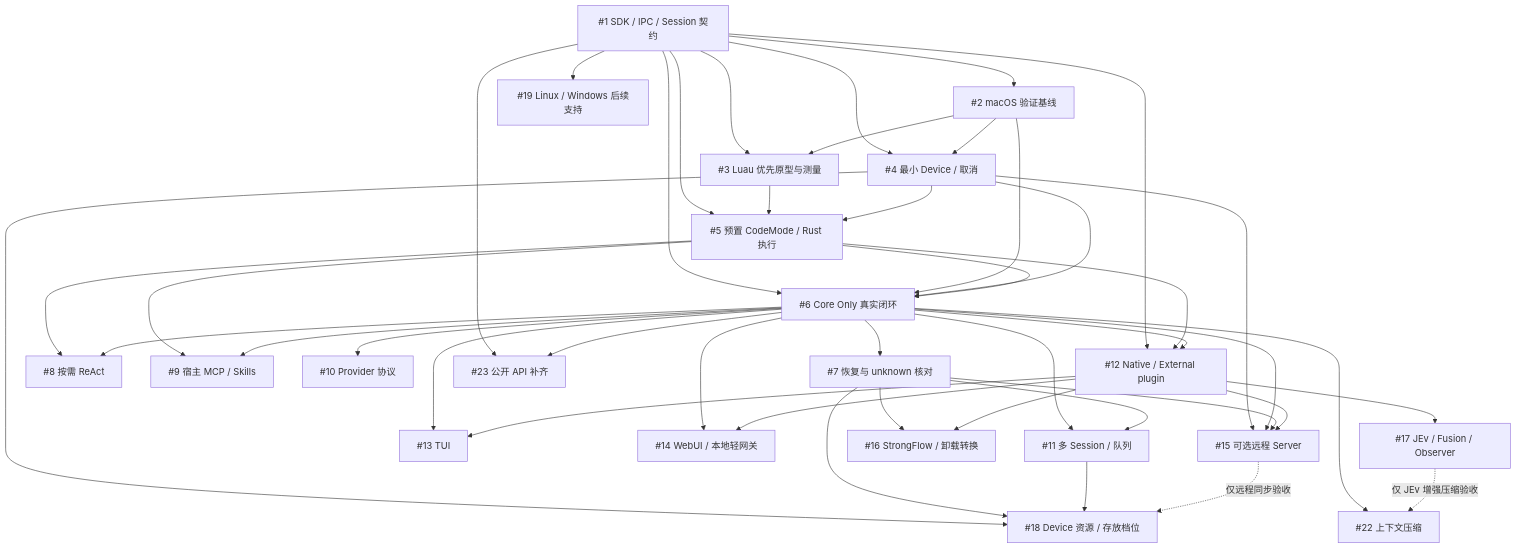
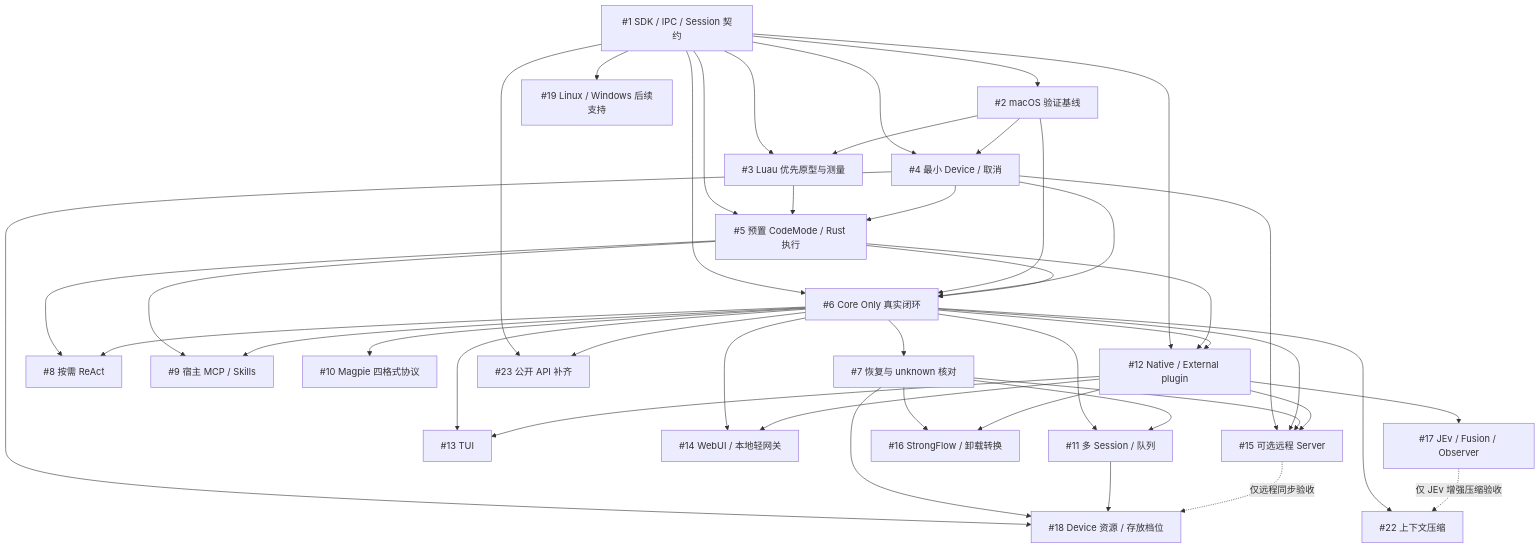
The diagram in docs/development-map.md (changw98ic/CAYW), drawn with Mermaid before and after one commit. The commit also changed other lines of this file and 260 other files, not shown here.

````diff
--- a/docs/development-map.md
+++ b/docs/development-map.md
@@ -95,67 +95,67 @@
 ```mermaid
 flowchart TD
   I1["#1 SDK / IPC / Session 契约"]
   I2["#2 macOS 验证基线"]
   I3["#3 Luau 优先原型与测量"]
   I4["#4 最小 Device / 取消"]
   I5["#5 预置 CodeMode / Rust 执行"]
   I6["#6 Core Only 真实闭环"]
   I7["#7 恢复与 unknown 核对"]
   I8["#8 按需 ReAct"]
   I9["#9 宿主 MCP / Skills"]
-  I10["#10 Provider 协议"]
+  I10["#10 Magpie 四格式协议"]
   I11["#11 多 Session / 队列"]
   I12["#12 Native / External plugin"]
   I13["#13 TUI"]
   I14["#14 WebUI / 本地轻网关"]
   I15["#15 可选远程 Server"]
   I16["#16 StrongFlow / 卸载转换"]
   I17["#17 JEv / Fusion / Observer"]
   I18["#18 Device 资源 / 存放档位"]
   I19["#19 Linux / Windows 后续支持"]
   I22["#22 上下文压缩"]
   I23["#23 公开 API 补齐"]
   I1 --> I19
   I1 --> I2
   I1 --> I3
   I2 --> I3
   I1 --> I4
   I2 --> I4
   I1 --> I5
   I3 --> I5
   I4 --> I5
   I1 --> I6
   I2 --> I6
   I4 --> I6
   I5 --> I6
   I6 --> I7
   I5 --> I8
   I6 --> I8
   I5 --> I9
   I6 --> I9
   I6 --> I10
   I6 --> I11
   I7 --> I11
   I1 --> I12
   I5 --> I12
   I6 --> I12
   I6 --> I13
   I12 --> I13
   I6 --> I14
   I12 --> I14
   I4 --> I15
   I6 --> I15
   I7 --> I15
   I12 --> I15
   I7 --> I16
   I12 --> I16
   I12 --> I17
   I4 --> I18
   I7 --> I18
   I11 --> I18
   I15 -. 仅远程同步验收 .-> I18
   I6 --> I22
   I17 -. 仅 JEv 增强压缩验收 .-> I22
   I1 --> I23
   I6 --> I23
 ```
````
